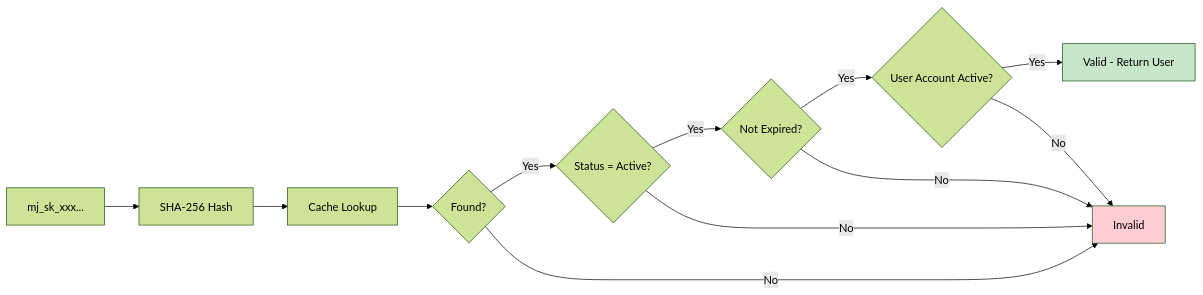
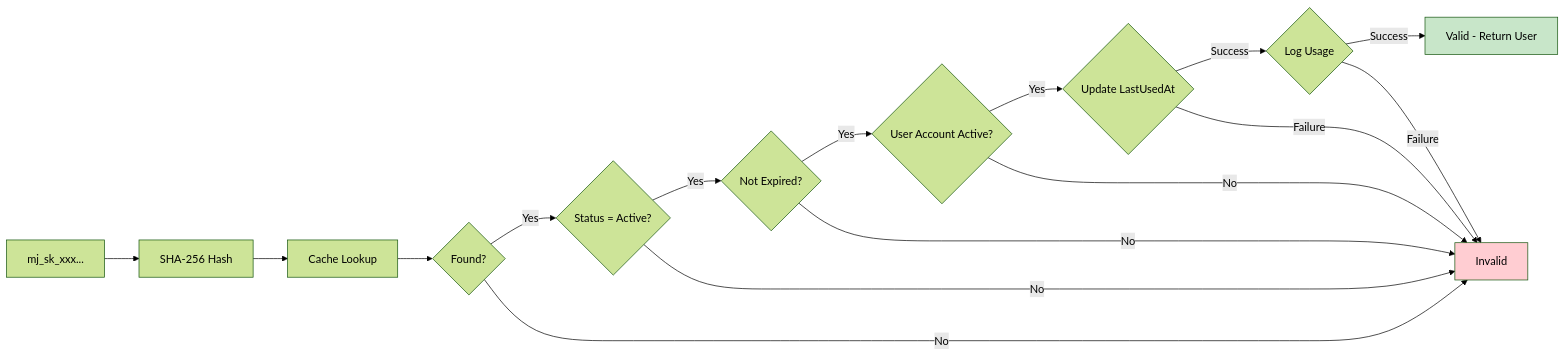
One commit to MemberJunction/MJ changed the fourth of 4 diagrams in plans/api-keys-for-mjapi.md. Above: the diagram before and after it, drawn with Mermaid (forest theme). The commit also changed other lines of this file and 5 other files, not shown here.

````diff
--- a/plans/api-keys-for-mjapi.md
+++ b/plans/api-keys-for-mjapi.md
@@ -266,17 +308,21 @@
 ```mermaid
 flowchart LR
     A[mj_sk_xxx...] --> B[SHA-256 Hash]
     B --> C[Cache Lookup]
     C --> D{Found?}
     D -->|Yes| E{Status = Active?}
     D -->|No| F[Invalid]
     E -->|Yes| G{Not Expired?}
     E -->|No| F
     G -->|Yes| H{User Account Active?}
     G -->|No| F
-    H -->|Yes| I[Valid - Return User]
+    H -->|Yes| J{Update LastUsedAt}
     H -->|No| F
+    J -->|Success| K{Log Usage}
+    J -->|Failure| F
+    K -->|Success| I[Valid - Return User]
+    K -->|Failure| F
 
     style I fill:#c8e6c9
     style F fill:#ffcdd2
 ```
````
